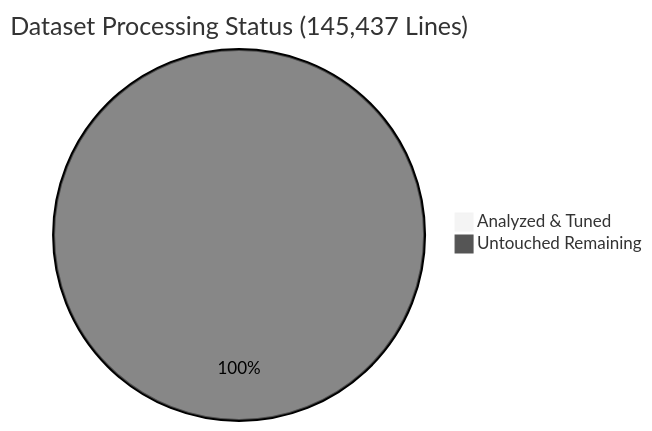
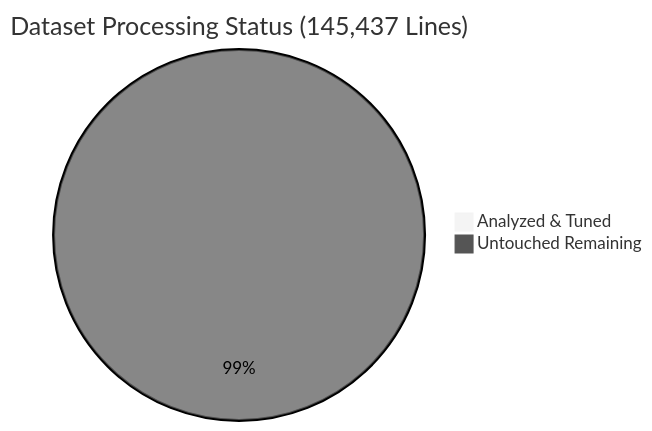
One commit to russellshen/The-EngLISP-Project changed the diagram in DATASET_TALLY.md. Above: the diagram before and after it, drawn with Mermaid (neutral theme). The commit also changed other lines of this file and 6 other files, not shown here.

````diff
--- a/DATASET_TALLY.md
+++ b/DATASET_TALLY.md
@@ -12,5 +12,5 @@
 ```mermaid
 pie title Dataset Processing Status (145,437 Lines)
-    "Analyzed & Tuned" : 710
-    "Untouched Remaining" : 144727
+    "Analyzed & Tuned" : 1100
+    "Untouched Remaining" : 144337
 ```
````
